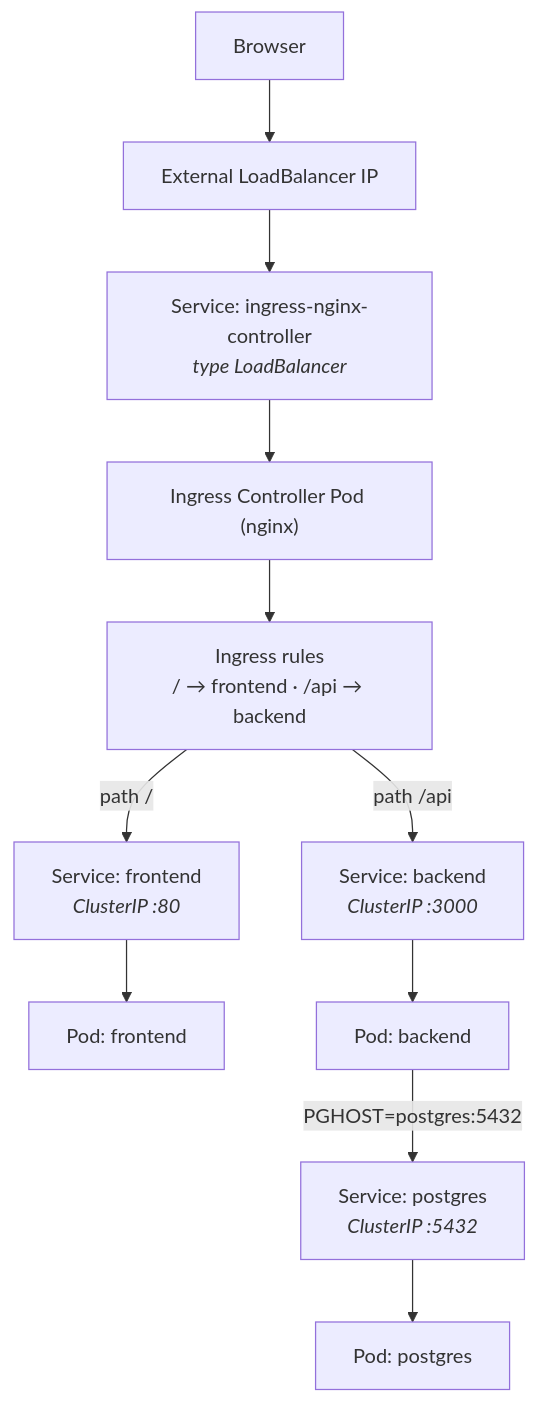
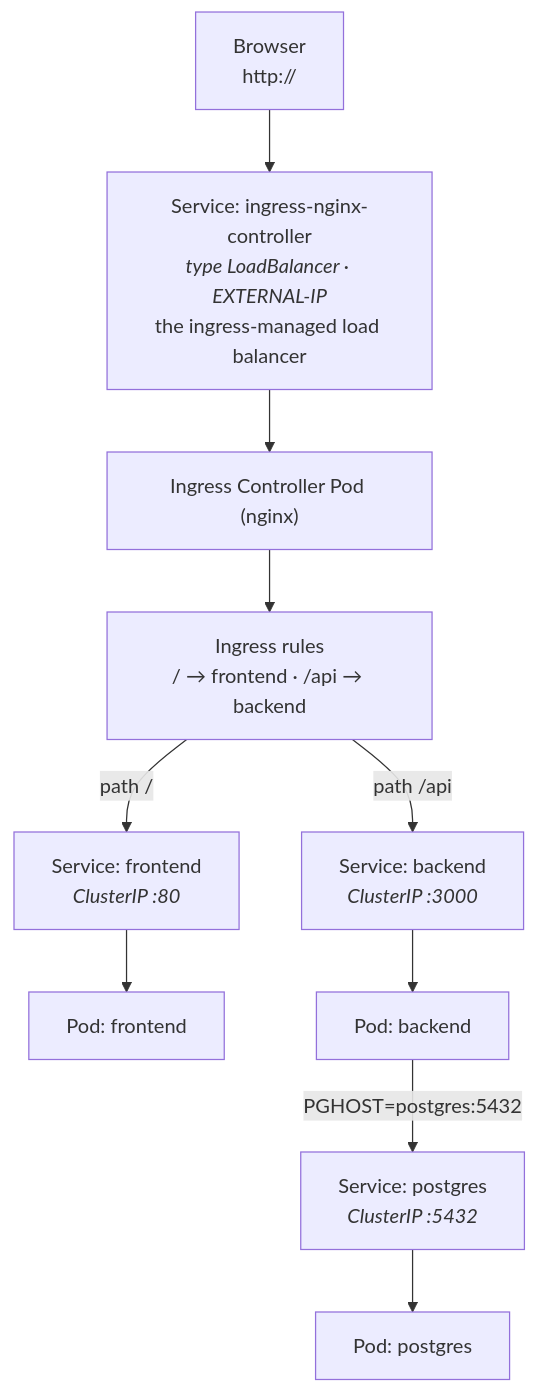
Before and after one commit to 24thAbhinav/K8s: the second of 2 diagrams in basics/webapp-ingress/README.md, drawn with Mermaid. The commit also changed other lines of this file and 1 other file, not shown here.

Commit message:
docs: clarify ingress-managed LoadBalancer Service and remove duplicate LB hop

````diff
--- a/basics/webapp-ingress/README.md
+++ b/basics/webapp-ingress/README.md
@@ -95,19 +95,18 @@
 ```mermaid
 flowchart TD
-  A["Browser"]
-  E["External LoadBalancer IP"]
-  LBS["Service: ingress-nginx-controller<br/><i>type LoadBalancer</i>"]
+  A["Browser<br/>http://<EXTERNAL-IP>"]
+  LBS["Service: ingress-nginx-controller<br/><i>type LoadBalancer · EXTERNAL-IP</i><br/>the ingress-managed load balancer"]
   IC["Ingress Controller Pod (nginx)"]
   R["Ingress rules<br/>/ → frontend · /api → backend"]
   FS["Service: frontend<br/><i>ClusterIP :80</i>"]
   BS["Service: backend<br/><i>ClusterIP :3000</i>"]
   FP["Pod: frontend"]
   BP["Pod: backend"]
   PS["Service: postgres<br/><i>ClusterIP :5432</i>"]
   PP["Pod: postgres"]
 
-  A --> E --> LBS --> IC --> R
+  A --> LBS --> IC --> R
   R -->|"path /"| FS --> FP
   R -->|"path /api"| BS --> BP
   BP -->|"PGHOST=postgres:5432"| PS --> PP
 ```
````
